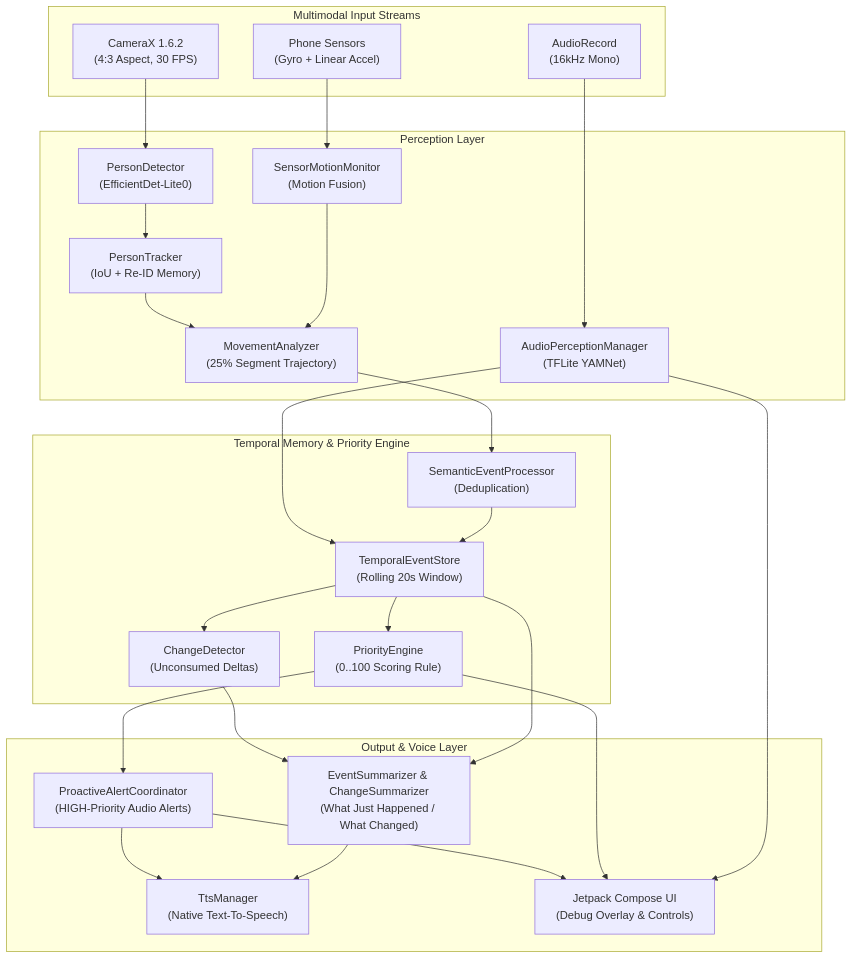
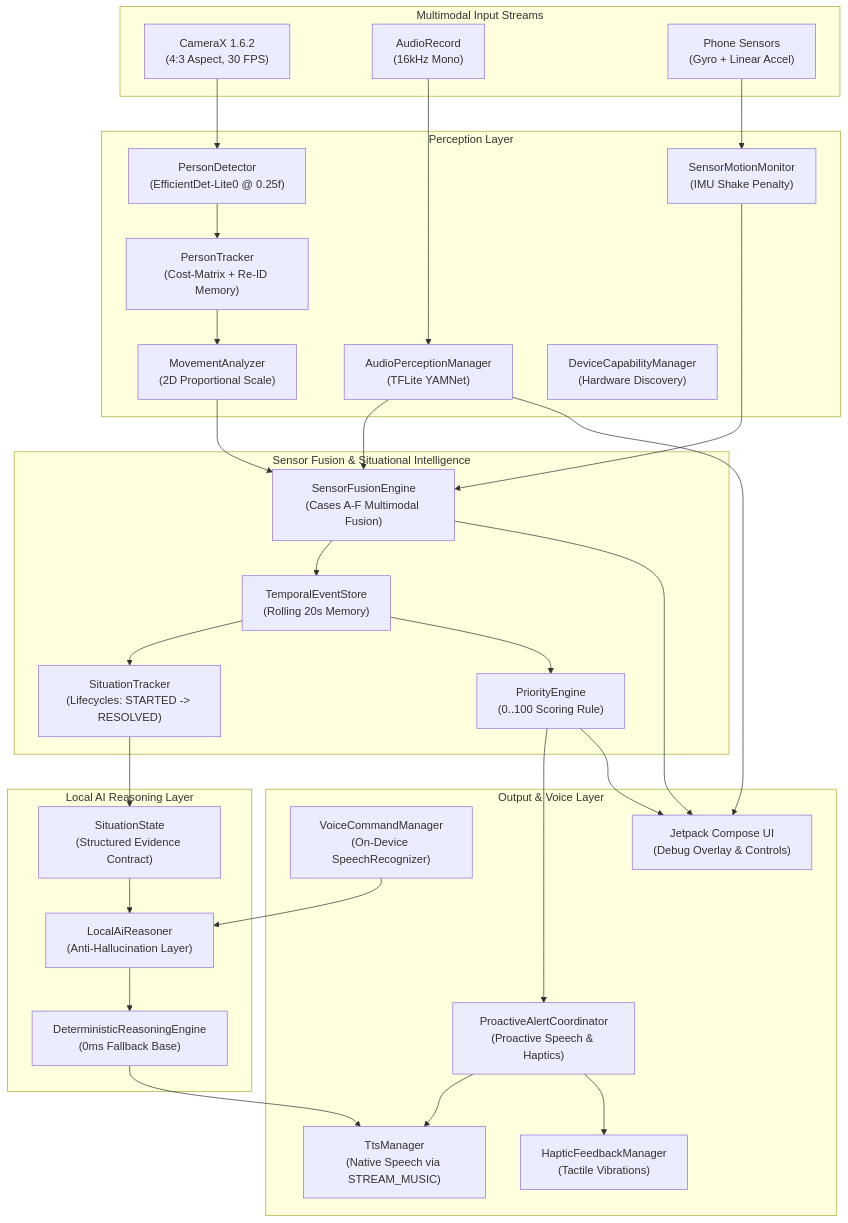
Before and after one commit to garlapati3105-cmd/Pulse: the diagram in README.md, drawn with Mermaid. The commit also changed other lines of this file, not shown here.

````diff
--- a/README.md
+++ b/README.md
@@ -55,44 +71,51 @@
 ```mermaid
 flowchart TD
     subgraph Input_Streams["Multimodal Input Streams"]
         CAM["CameraX 1.6.2\n(4:3 Aspect, 30 FPS)"]
         MIC["AudioRecord\n(16kHz Mono)"]
         IMU["Phone Sensors\n(Gyro + Linear Accel)"]
     end
 
     subgraph Perception_Layer["Perception Layer"]
-        VD["PersonDetector\n(EfficientDet-Lite0)"]
-        TR["PersonTracker\n(IoU + Re-ID Memory)"]
-        MA["MovementAnalyzer\n(25% Segment Trajectory)"]
+        VD["PersonDetector\n(EfficientDet-Lite0 @ 0.25f)"]
+        TR["PersonTracker\n(Cost-Matrix + Re-ID Memory)"]
+        MA["MovementAnalyzer\n(2D Proportional Scale)"]
         AC["AudioPerceptionManager\n(TFLite YAMNet)"]
-        SM["SensorMotionMonitor\n(Motion Fusion)"]
+        SM["SensorMotionMonitor\n(IMU Shake Penalty)"]
+        DEV["DeviceCapabilityManager\n(Hardware Discovery)"]
     end
 
-    subgraph Memory_Engine["Temporal Memory & Priority Engine"]
-        ES["TemporalEventStore\n(Rolling 20s Window)"]
-        SP["SemanticEventProcessor\n(Deduplication)"]
-        CD["ChangeDetector\n(Unconsumed Deltas)"]
+    subgraph Fusion_And_Intelligence["Sensor Fusion & Situational Intelligence"]
+        FE["SensorFusionEngine\n(Cases A-F Multimodal Fusion)"]
+        ST["SituationTracker\n(Lifecycles: STARTED -> RESOLVED)"]
+        ES["TemporalEventStore\n(Rolling 20s Memory)"]
         PE["PriorityEngine\n(0..100 Scoring Rule)"]
     end
 
+    subgraph Local_AI_Reasoning["Local AI Reasoning Layer"]
+        SC["SituationState\n(Structured Evidence Contract)"]
+        LAR["LocalAiReasoner\n(Anti-Hallucination Layer)"]
+        DRE["DeterministicReasoningEngine\n(0ms Fallback Base)"]
+    end
+
     subgraph Output_Layer["Output & Voice Layer"]
-        PA["ProactiveAlertCoordinator\n(HIGH-Priority Audio Alerts)"]
-        SUM["EventSummarizer & ChangeSummarizer\n(What Just Happened / What Changed)"]
-        TTS["TtsManager\n(Native Text-To-Speech)"]
+        PA["ProactiveAlertCoordinator\n(Proactive Speech & Haptics)"]
+        VCM["VoiceCommandManager\n(On-Device SpeechRecognizer)"]
+        TTS["TtsManager\n(Native Speech via STREAM_MUSIC)"]
+        HAP["HapticFeedbackManager\n(Tactile Vibrations)"]
         UI["Jetpack Compose UI\n(Debug Overlay & Controls)"]
     end
 
-    CAM --> VD --> TR --> MA --> SP
-    IMU --> SM --> MA
-    MIC --> AC --> ES
-    SP --> ES
-    ES --> CD
+    CAM --> VD --> TR --> MA --> FE
+    IMU --> SM --> FE
+    MIC --> AC --> FE
+    FE --> ES --> ST --> SC
     ES --> PE
+    SC --> LAR --> DRE --> TTS
     PE --> PA --> TTS
-    CD --> SUM
-    ES --> SUM
-    SUM --> TTS
-    PA --> UI
+    PA --> HAP
+    VCM --> LAR
+    FE --> UI
     PE --> UI
     AC --> UI
 ```
````
